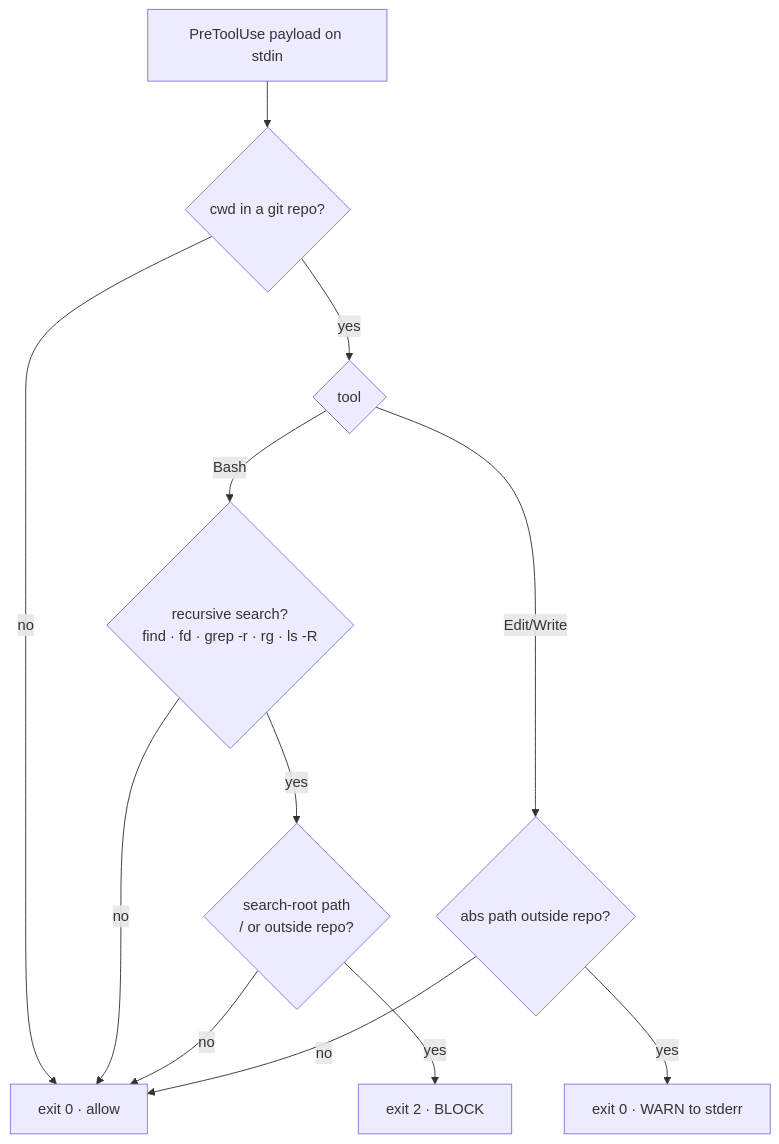
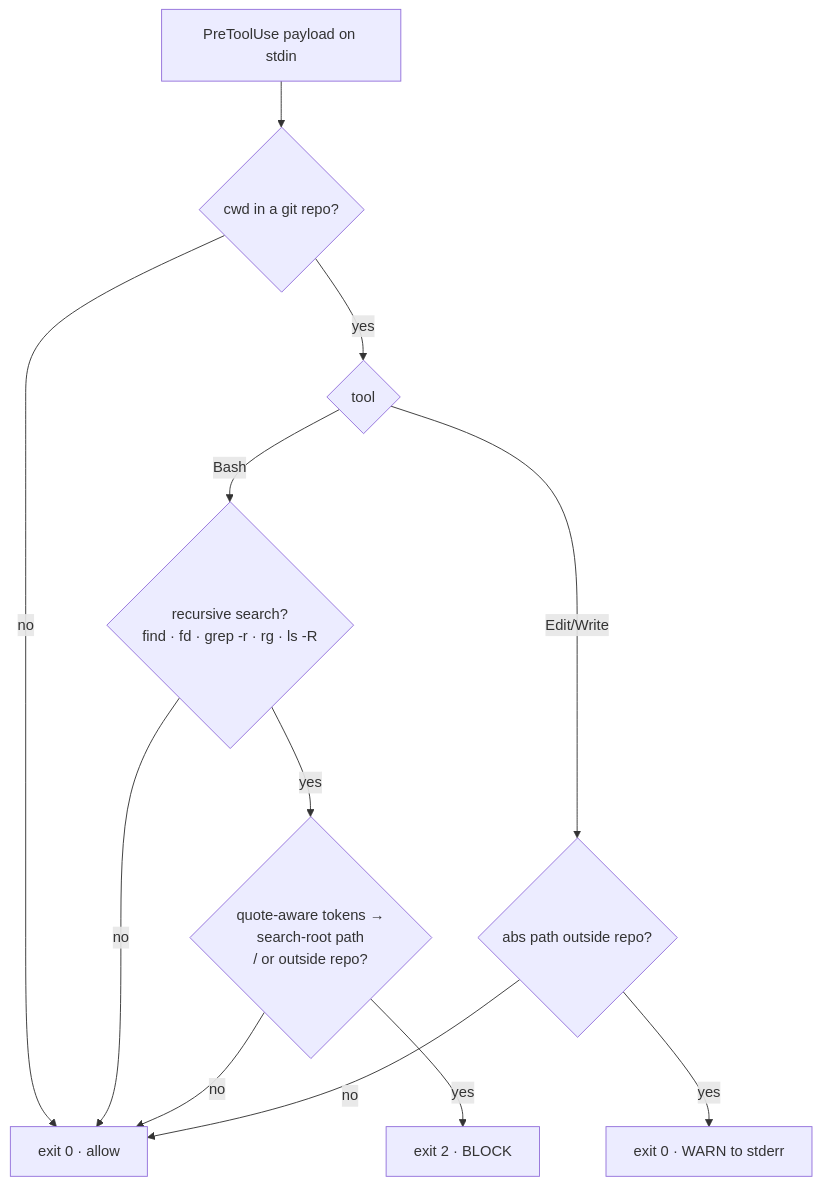
Before and after one commit to whizzzkid/skills: the diagram in skills/scope-guard/README.md, drawn with Mermaid. The commit also changed other lines of this file and 9 other files, not shown here.

````diff
--- a/skills/scope-guard/README.md
+++ b/skills/scope-guard/README.md
@@ -24,14 +24,14 @@
 ```mermaid
 flowchart TD
     A[PreToolUse payload on stdin] --> B{cwd in a git repo?}
     B -- no --> Z[exit 0 · allow]
     B -- yes --> C{tool}
     C -- Bash --> D{recursive search?<br/>find · fd · grep -r · rg · ls -R}
     D -- no --> Z
-    D -- yes --> E{search-root path<br/>/ or outside repo?}
+    D -- yes --> E{"quote-aware tokens →<br/>search-root path<br/>/ or outside repo?"}
     E -- yes --> F[exit 2 · BLOCK]
     E -- no --> Z
     C -- Edit/Write --> G{abs path outside repo?}
     G -- yes --> H[exit 0 · WARN to stderr]
     G -- no --> Z
 ```
````
